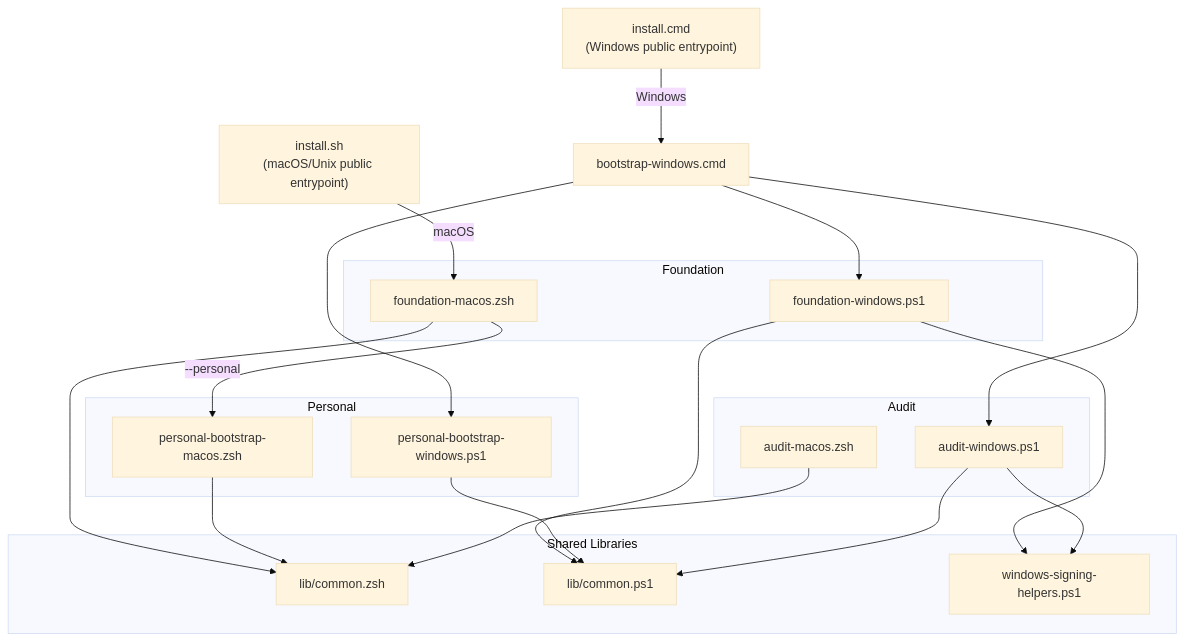
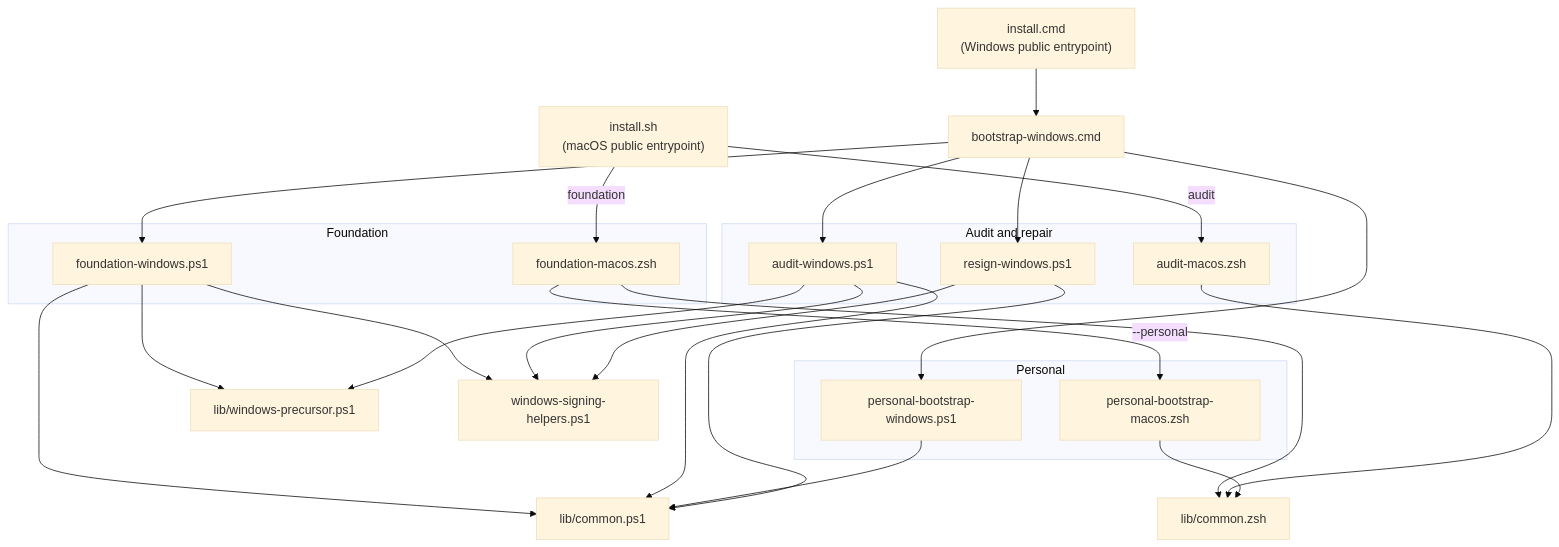
The diagram in Other/scripts/README.md (benjaminwestern/dotfiles), drawn with Mermaid (base theme) before and after one commit. The commit also changed other lines of this file and 4 other files, not shown here.

````diff
--- a/Other/scripts/README.md
+++ b/Other/scripts/README.md
@@ -10,42 +15,41 @@
 ```mermaid
 flowchart TD
-    A["install.sh<br/>(macOS/Unix public entrypoint)"] -->|macOS| B["foundation-macos.zsh"]
-    J["install.cmd<br/>(Windows public entrypoint)"] -->|Windows| K["bootstrap-windows.cmd"]
+    A["install.sh<br/>(macOS public entrypoint)"] -->|foundation| B["foundation-macos.zsh"]
+    A -->|audit| H["audit-macos.zsh"]
+    J["install.cmd<br/>(Windows public entrypoint)"] --> K["bootstrap-windows.cmd"]
     K --> C["foundation-windows.ps1"]
     K --> I["audit-windows.ps1"]
     K --> G["personal-bootstrap-windows.ps1"]
+    K --> R["resign-windows.ps1"]
 
     B --> D["lib/common.zsh"]
+    H --> D
+    B -->|"--personal"| F["personal-bootstrap-macos.zsh"]
+    F --> D
+
+    C --> P["lib/windows-precursor.ps1"]
+    I --> P
     C --> E["lib/common.ps1"]
     C --> S["windows-signing-helpers.ps1"]
-
-    B -->|"--personal"| F["personal-bootstrap-macos.zsh"]
-
-    F --> D
+    I --> E
+    I --> S
     G --> E
-
-    H["audit-macos.zsh"] --> D
-    I["audit-windows.ps1"] --> E
-    I --> S
+    R --> E
+    R --> S
 
     subgraph Foundation
         B
         C
     end
 
     subgraph Personal
         F
         G
     end
 
-    subgraph Audit
+    subgraph Audit and repair
         H
         I
-    end
-
-    subgraph "Shared Libraries"
-        D
-        E
-        S
+        R
     end
 ```
````
